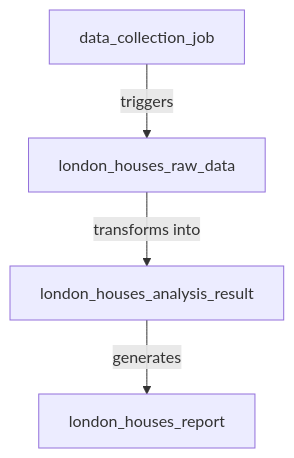
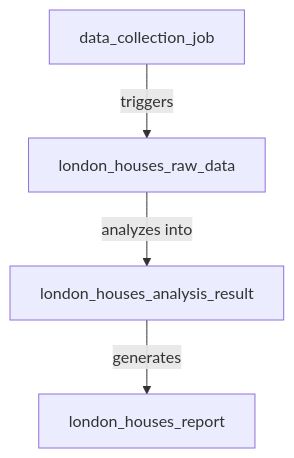
Before and after one commit to Ksenniya/quart-client-template: the third of 4 diagrams in entity/app_design_prd.md, drawn with Mermaid. The commit also changed other lines of this file, not shown here.

````diff
--- a/entity/app_design_prd.md
+++ b/entity/app_design_prd.md
@@ -72,6 +73,6 @@
 ```mermaid
 graph TD;
     A[data_collection_job] -->|triggers| B[london_houses_raw_data];
-    B -->|transforms into| C[london_houses_analysis_result];
+    B -->|analyzes into| C[london_houses_analysis_result];
     C -->|generates| D[london_houses_report];
 ```
````
